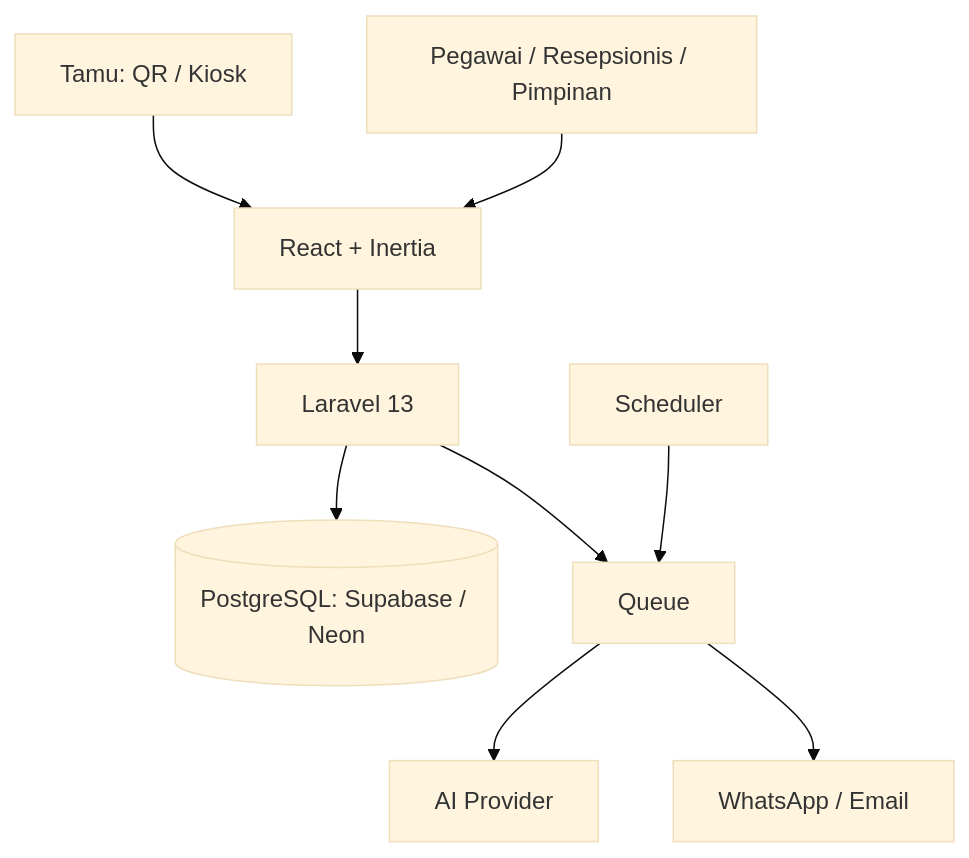
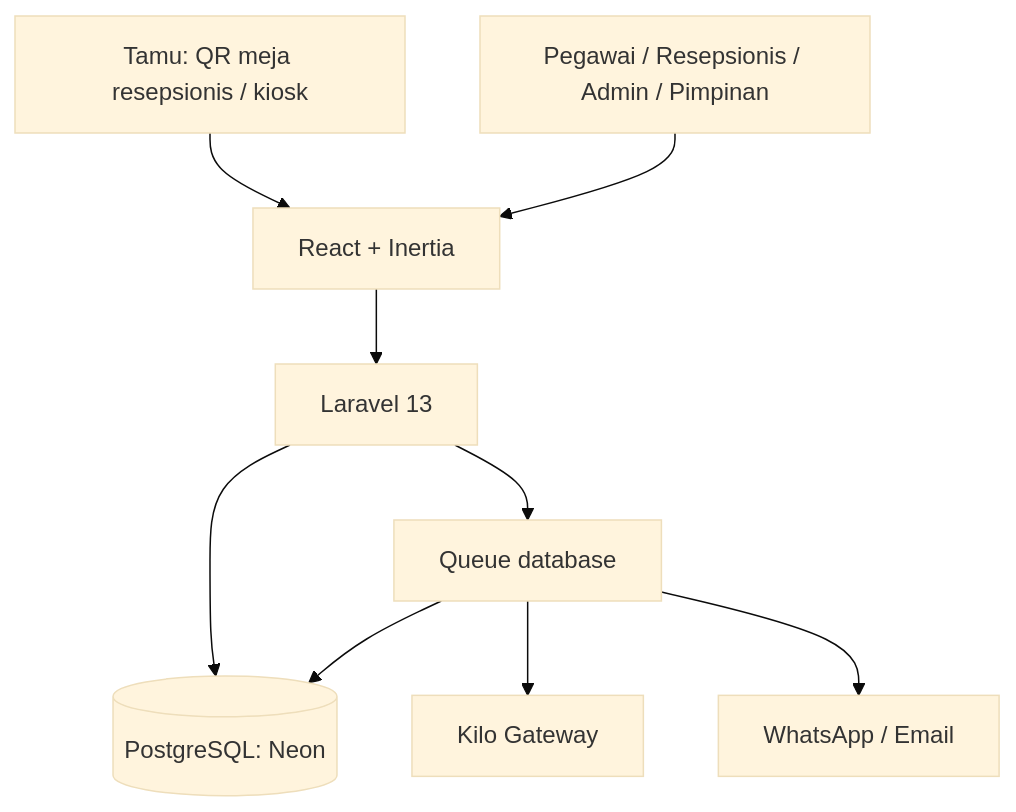
The second of 2 diagrams in README.md (vemaarnandha/Buku-Tamu-Digital), drawn with Mermaid (base theme) before and after one commit. The commit also changed other lines of this file and 1 other file, not shown here.

Commit message:
docs: align README and design with final flow

````diff
--- a/README.md
+++ b/README.md
@@ -137,11 +205,11 @@
 ```mermaid
 flowchart TB
-    T[Tamu: QR / Kiosk] --> R[React + Inertia]
-    P[Pegawai / Resepsionis / Pimpinan] --> R
+    T[Tamu: QR meja resepsionis / kiosk] --> R[React + Inertia]
+    P[Pegawai / Resepsionis / Admin / Pimpinan] --> R
     R --> L[Laravel 13]
-    L --> DB[(PostgreSQL: Supabase / Neon)]
-    L --> Q[Queue]
-    Q --> AI[AI Provider]
+    L --> DB[(PostgreSQL: Neon)]
+    L --> Q[Queue database]
+    Q --> AI[Kilo Gateway]
     Q --> WA[WhatsApp / Email]
-    S[Scheduler] --> Q
+    Q --> DB
 ```
````
